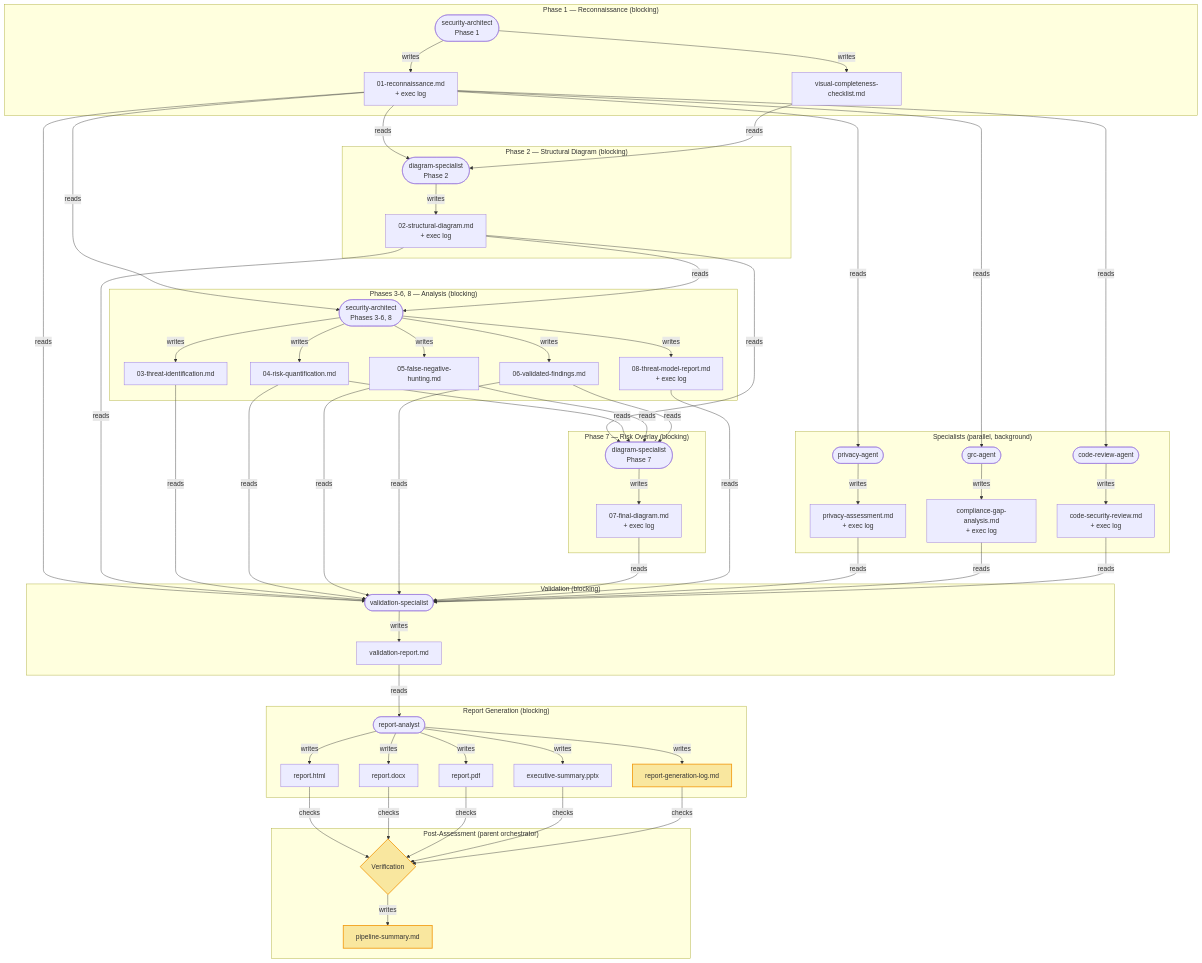
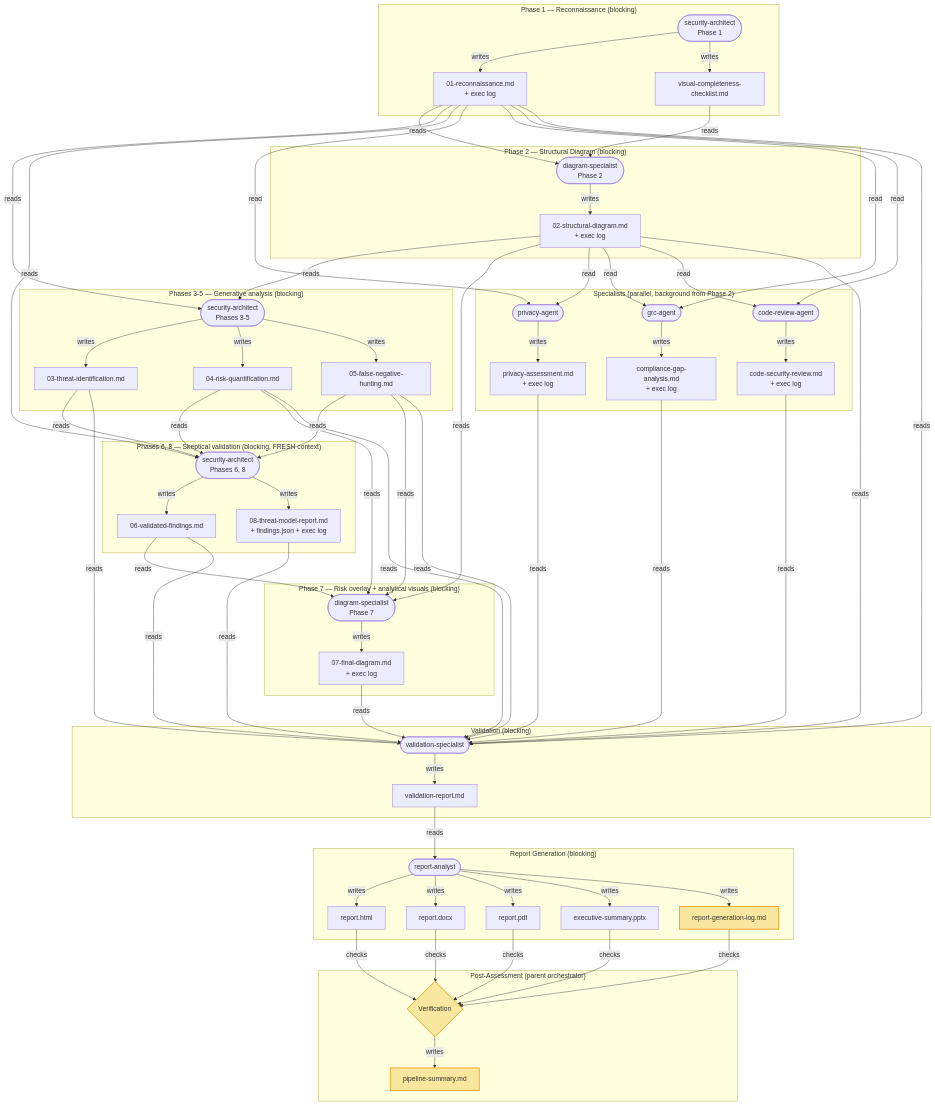
One commit to trwilcoxson/threat-model-suite changed the diagram in skills/threat-model/SKILL.md. Above: the diagram before and after it, drawn with Mermaid. The commit also changed other lines of this file and 1 other file, not shown here.

````diff
--- a/skills/threat-model/SKILL.md
+++ b/skills/threat-model/SKILL.md
@@ -59,73 +59,81 @@
 ```mermaid
 flowchart TD
     subgraph "Phase 1 — Reconnaissance (blocking)"
         SA1([security-architect\nPhase 1])
         SA1 -->|writes| R1[01-reconnaissance.md\n+ exec log]
         SA1 -->|writes| VC[visual-completeness-checklist.md]
     end
 
     subgraph "Phase 2 — Structural Diagram (blocking)"
         DS2([diagram-specialist\nPhase 2])
         R1 -->|reads| DS2
         VC -->|reads| DS2
         DS2 -->|writes| R2[02-structural-diagram.md\n+ exec log]
     end
 
-    subgraph "Phases 3-6, 8 — Analysis (blocking)"
-        SA2([security-architect\nPhases 3-6, 8])
+    subgraph "Phases 3-5 — Generative analysis (blocking)"
+        SA2([security-architect\nPhases 3-5])
         R1 -->|reads| SA2
         R2 -->|reads| SA2
         SA2 -->|writes| R3[03-threat-identification.md]
         SA2 -->|writes| R4[04-risk-quantification.md]
         SA2 -->|writes| R5[05-false-negative-hunting.md]
-        SA2 -->|writes| R6[06-validated-findings.md]
-        SA2 -->|writes| R8[08-threat-model-report.md\n+ exec log]
     end
 
-    subgraph "Phase 7 — Risk Overlay (blocking)"
+    subgraph "Phases 6, 8 — Skeptical validation (blocking, FRESH context)"
+        SAV([security-architect\nPhases 6, 8])
+        R1 -->|reads| SAV
+        R3 -->|reads| SAV
+        R4 -->|reads| SAV
+        R5 -->|reads| SAV
+        SAV -->|writes| R6[06-validated-findings.md]
+        SAV -->|writes| R8[08-threat-model-report.md\n+ findings.json + exec log]
+    end
+
+    subgraph "Phase 7 — Risk overlay + analytical visuals (blocking)"
         DS7([diagram-specialist\nPhase 7])
         R2 -->|reads| DS7
         R4 -->|reads| DS7
         R5 -->|reads| DS7
         R6 -->|reads| DS7
         DS7 -->|writes| R7[07-final-diagram.md\n+ exec log]
     end
 
-    subgraph "Specialists (parallel, background)"
+    subgraph "Specialists (parallel, background from Phase 2)"
         PA([privacy-agent])
         GRC([grc-agent])
         CR([code-review-agent])
-        R1 -->|reads| PA
-        R1 -->|reads| GRC
-        R1 -->|reads| CR
+        R1 & R2 -->|read| PA
+        R1 & R2 -->|read| GRC
+        R1 & R2 -->|read| CR
         PA -->|writes| PO[privacy-assessment.md\n+ exec log]
         GRC -->|writes| GO[compliance-gap-analysis.md\n+ exec log]
         CR -->|writes| CO[code-security-review.md\n+ exec log]
     end
 
     subgraph "Validation (blocking)"
         VS([validation-specialist])
         R1 & R2 & R3 & R4 & R5 & R6 & R7 & R8 & PO & GO & CO -->|reads| VS
         VS -->|writes| VR[validation-report.md]
     end
 
     subgraph "Report Generation (blocking)"
         RA([report-analyst])
         VR -->|reads| RA
         RA -->|writes| HTML[report.html]
         RA -->|writes| DOCX[report.docx]
         RA -->|writes| PDF[report.pdf]
         RA -->|writes| PPTX[executive-summary.pptx]
         RA -->|writes| GL[report-generation-log.md]
     end
 
     subgraph "Post-Assessment (parent orchestrator)"
         VF{Verification}
         HTML & DOCX & PDF & PPTX & GL -->|checks| VF
         VF -->|writes| PS[pipeline-summary.md]
     end
 
     style GL fill:#f9e79f,stroke:#f39c12,stroke-width:2px
     style PS fill:#f9e79f,stroke:#f39c12,stroke-width:2px
     style VF fill:#f9e79f,stroke:#f39c12,stroke-width:2px
 ```
````
